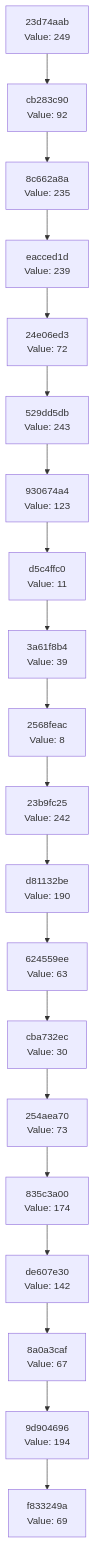
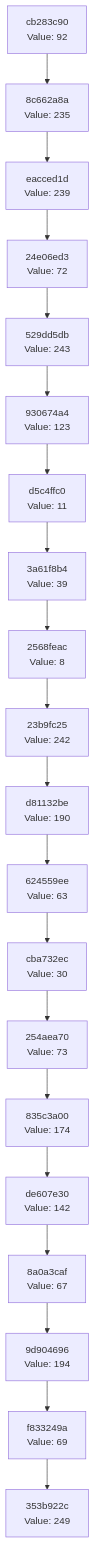
One commit to Abhisheksinha1506/hash-chain-evolver changed the diagram in docs/CHAIN_VISUALIZATION.md. Above: the diagram before and after it, drawn with Mermaid. The commit also changed 1 other file, not shown here.

Commit message:
Evolution step: hash 0xF9 → action executed

````diff
--- a/docs/CHAIN_VISUALIZATION.md
+++ b/docs/CHAIN_VISUALIZATION.md
@@ -3,42 +3,42 @@
 ```mermaid
 graph TD
-    C0["f833249a<br/>Value: 69"]
-    C1["9d904696<br/>Value: 194"]
+    C0["353b922c<br/>Value: 249"]
+    C1["f833249a<br/>Value: 69"]
     C1 --> C0
-    C2["8a0a3caf<br/>Value: 67"]
+    C2["9d904696<br/>Value: 194"]
     C2 --> C1
-    C3["de607e30<br/>Value: 142"]
+    C3["8a0a3caf<br/>Value: 67"]
     C3 --> C2
-    C4["835c3a00<br/>Value: 174"]
+    C4["de607e30<br/>Value: 142"]
     C4 --> C3
-    C5["254aea70<br/>Value: 73"]
+    C5["835c3a00<br/>Value: 174"]
     C5 --> C4
-    C6["cba732ec<br/>Value: 30"]
+    C6["254aea70<br/>Value: 73"]
     C6 --> C5
-    C7["624559ee<br/>Value: 63"]
+    C7["cba732ec<br/>Value: 30"]
     C7 --> C6
-    C8["d81132be<br/>Value: 190"]
+    C8["624559ee<br/>Value: 63"]
     C8 --> C7
-    C9["23b9fc25<br/>Value: 242"]
+    C9["d81132be<br/>Value: 190"]
     C9 --> C8
-    C10["2568feac<br/>Value: 8"]
+    C10["23b9fc25<br/>Value: 242"]
     C10 --> C9
-    C11["3a61f8b4<br/>Value: 39"]
+    C11["2568feac<br/>Value: 8"]
     C11 --> C10
-    C12["d5c4ffc0<br/>Value: 11"]
+    C12["3a61f8b4<br/>Value: 39"]
     C12 --> C11
-    C13["930674a4<br/>Value: 123"]
+    C13["d5c4ffc0<br/>Value: 11"]
     C13 --> C12
-    C14["529dd5db<br/>Value: 243"]
+    C14["930674a4<br/>Value: 123"]
     C14 --> C13
-    C15["24e06ed3<br/>Value: 72"]
+    C15["529dd5db<br/>Value: 243"]
     C15 --> C14
-    C16["eacced1d<br/>Value: 239"]
+    C16["24e06ed3<br/>Value: 72"]
     C16 --> C15
-    C17["8c662a8a<br/>Value: 235"]
+    C17["eacced1d<br/>Value: 239"]
     C17 --> C16
-    C18["cb283c90<br/>Value: 92"]
+    C18["8c662a8a<br/>Value: 235"]
     C18 --> C17
-    C19["23d74aab<br/>Value: 249"]
+    C19["cb283c90<br/>Value: 92"]
     C19 --> C18
 ```
````
